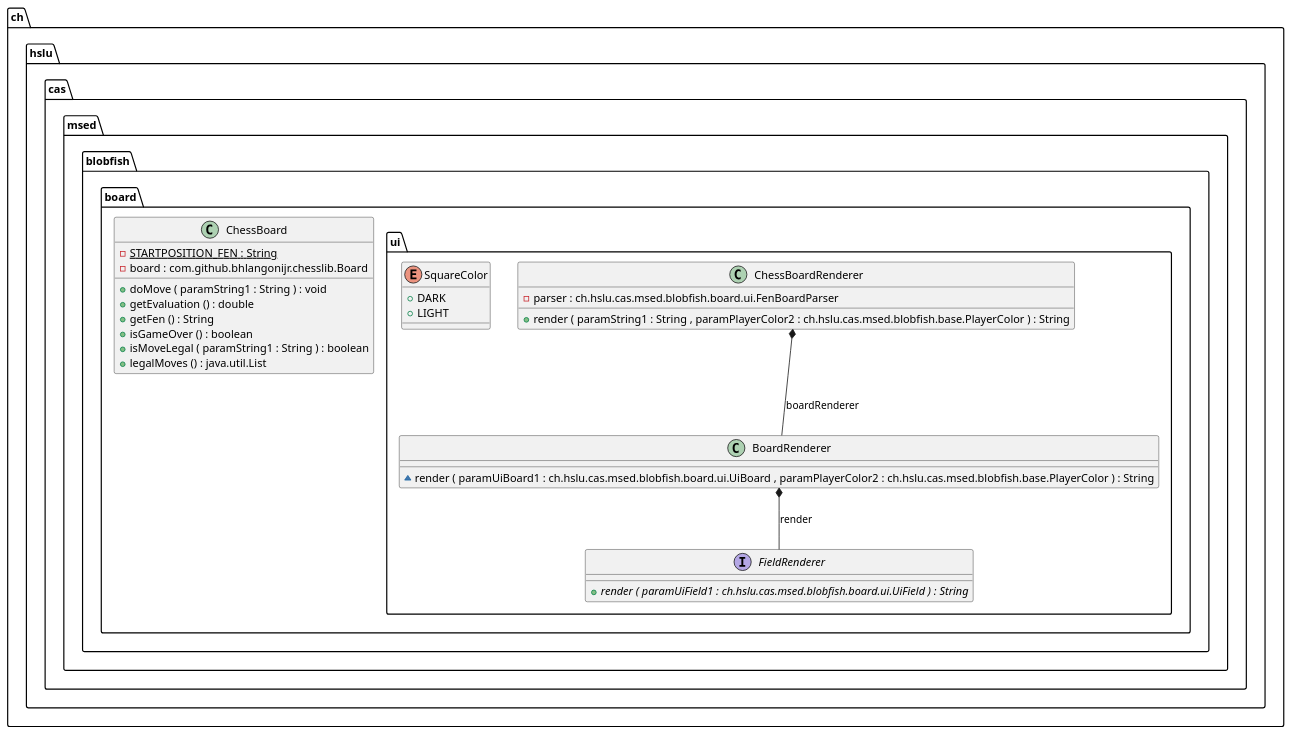
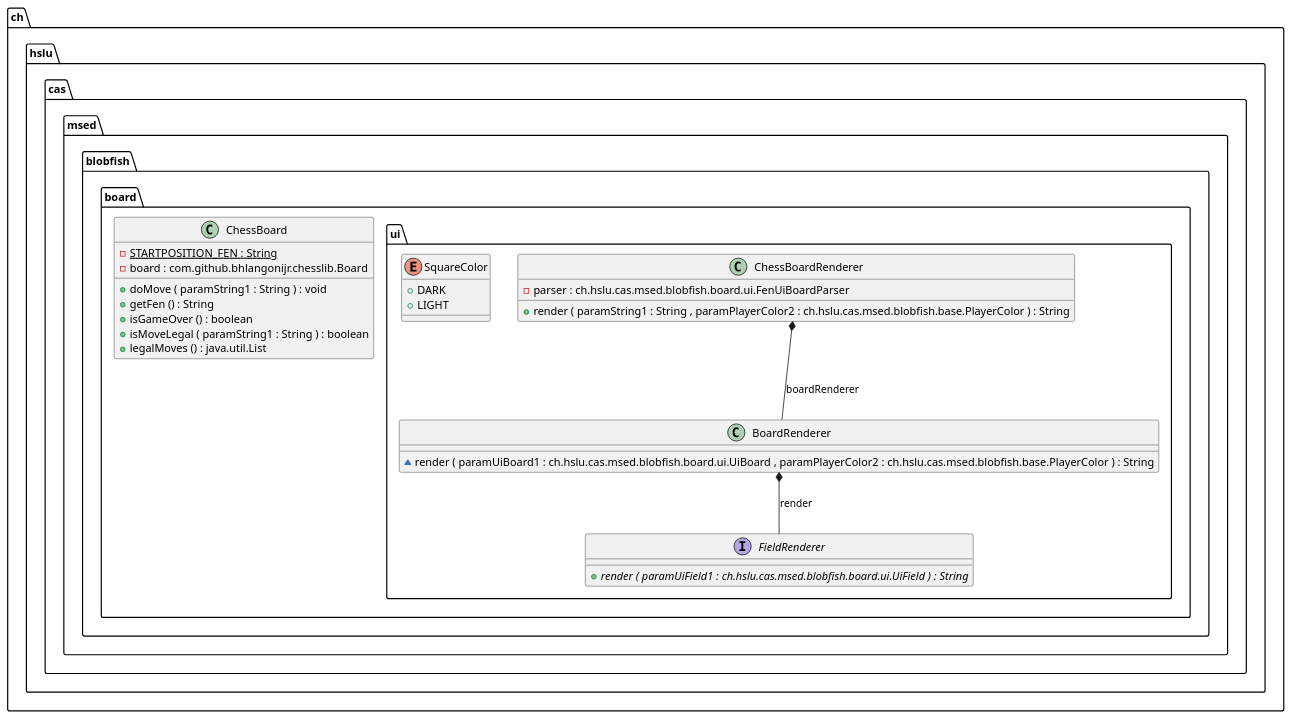
The diagram in docs/generated-diagrams/board.puml (l2c0r3/blobfish), drawn with PlantUML before and after one commit. The commit also changed 18 other files, not shown here.

```diff
--- a/docs/generated-diagrams/board.puml
+++ b/docs/generated-diagrams/board.puml
@@ -1,43 +1,42 @@
 @startuml
 
 class ch.hslu.cas.msed.blobfish.board.ChessBoard {
 	{field} {static} -STARTPOSITION_FEN : String
 	{field} -board : com.github.bhlangonijr.chesslib.Board
 	{method} +doMove ( paramString1 : String ) : void
-	{method} +getEvaluation () : double
 	{method} +getFen () : String
 	{method} +isGameOver () : boolean
 	{method} +isMoveLegal ( paramString1 : String ) : boolean
 	{method} +legalMoves () : java.util.List
 }
 
 
 class ch.hslu.cas.msed.blobfish.board.ui.BoardRenderer {
 	{method} ~render ( paramUiBoard1 : ch.hslu.cas.msed.blobfish.board.ui.UiBoard , paramPlayerColor2 : ch.hslu.cas.msed.blobfish.base.PlayerColor ) : String
 }
 
 
 class ch.hslu.cas.msed.blobfish.board.ui.ChessBoardRenderer {
-	{field} -parser : ch.hslu.cas.msed.blobfish.board.ui.FenBoardParser
+	{field} -parser : ch.hslu.cas.msed.blobfish.board.ui.FenUiBoardParser
 	{method} +render ( paramString1 : String , paramPlayerColor2 : ch.hslu.cas.msed.blobfish.base.PlayerColor ) : String
 }
 
 
 interface ch.hslu.cas.msed.blobfish.board.ui.FieldRenderer {
 	{method}  {abstract} +render ( paramUiField1 : ch.hslu.cas.msed.blobfish.board.ui.UiField ) : String
 }
 
 
 enum ch.hslu.cas.msed.blobfish.board.ui.SquareColor {
 	{field} +DARK
 	{field} +LIGHT
 }
 
 
 
 
 ch.hslu.cas.msed.blobfish.board.ui.BoardRenderer *--  ch.hslu.cas.msed.blobfish.board.ui.FieldRenderer : render
 ch.hslu.cas.msed.blobfish.board.ui.ChessBoardRenderer *--  ch.hslu.cas.msed.blobfish.board.ui.BoardRenderer : boardRenderer
 
 
 @enduml
```
